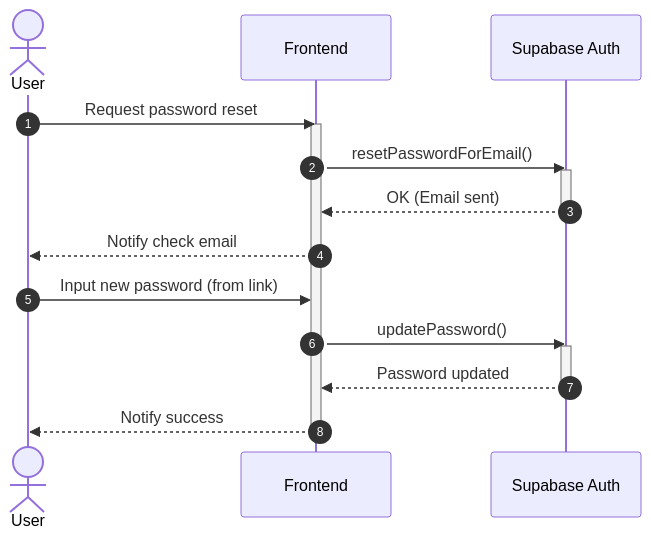
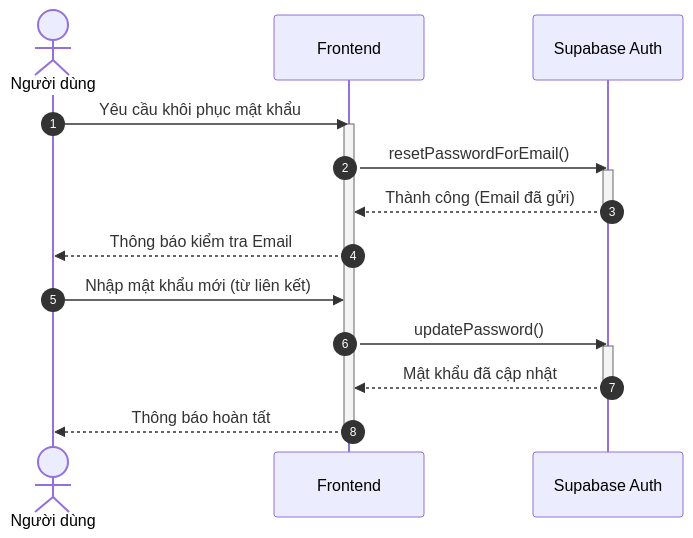
Before and after one commit to ngoctinn/Synapse: the third of 3 diagrams in docs/design/sequences_simplified/authentication.md, drawn with Mermaid. The commit also changed other lines of this file and 4 other files, not shown here.

Commit message:
docs: Add simplified sequence diagrams for authentication and various user flows.

````diff
--- a/docs/design/sequences_simplified/authentication.md
+++ b/docs/design/sequences_simplified/authentication.md
@@ -69,23 +69,23 @@
 ```mermaid
 sequenceDiagram
     autonumber
-    actor User as User
+    actor User as Người dùng
     participant FE as Frontend
     participant Auth as Supabase Auth
 
-    User->>FE: Request password reset
+    User->>FE: Yêu cầu khôi phục mật khẩu
     activate FE
     FE->>Auth: resetPasswordForEmail()
     activate Auth
-    Auth-->>FE: OK (Email sent)
+    Auth-->>FE: Thành công (Email đã gửi)
     deactivate Auth
-    FE-->>User: Notify check email
+    FE-->>User: Thông báo kiểm tra Email
 
-    User->>FE: Input new password (from link)
+    User->>FE: Nhập mật khẩu mới (từ liên kết)
     FE->>Auth: updatePassword()
     activate Auth
-    Auth-->>FE: Password updated
+    Auth-->>FE: Mật khẩu đã cập nhật
     deactivate Auth
-    FE-->>User: Notify success
+    FE-->>User: Thông báo hoàn tất
     deactivate FE
 ```
````
